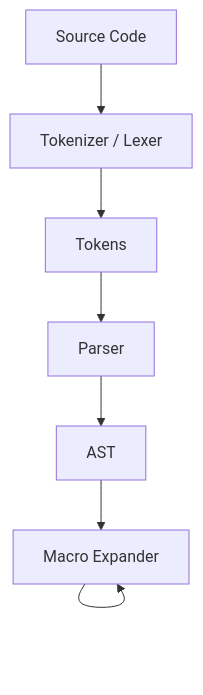
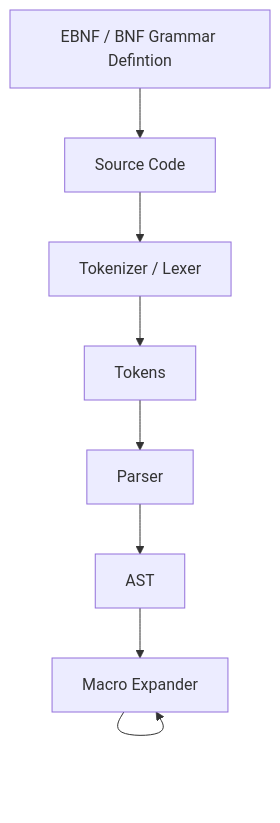
Before and after one commit to tbrumbaugh5396/my-amazing-programming-language: the diagram in compiler.md, drawn with Mermaid.

````diff
--- a/compiler.md
+++ b/compiler.md
@@ -1,11 +1,12 @@
 ```mermaid
 
 graph TD
     A[Source Code] --> B[Tokenizer / Lexer]
     B --> C[Tokens]
     C --> D[Parser]
     D --> E[AST]
     E --> F[Macro Expander]
     F --> F
+    G[EBNF / BNF Grammar Defintion] --> A
 
 ```
````
